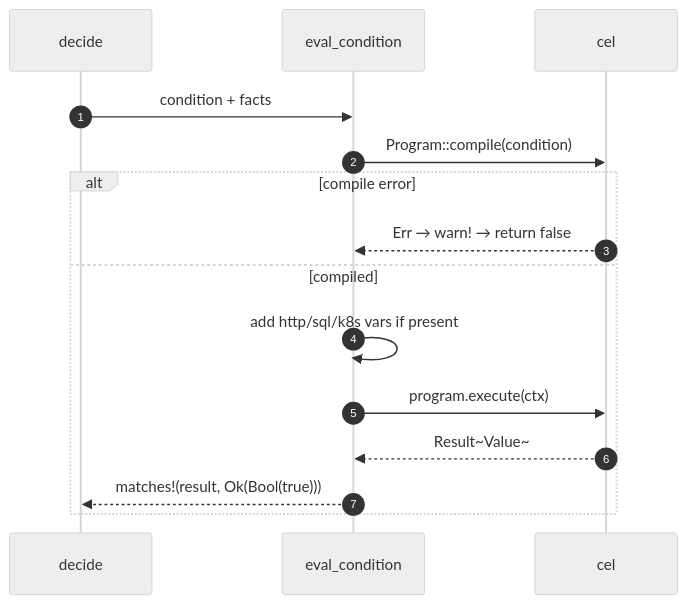
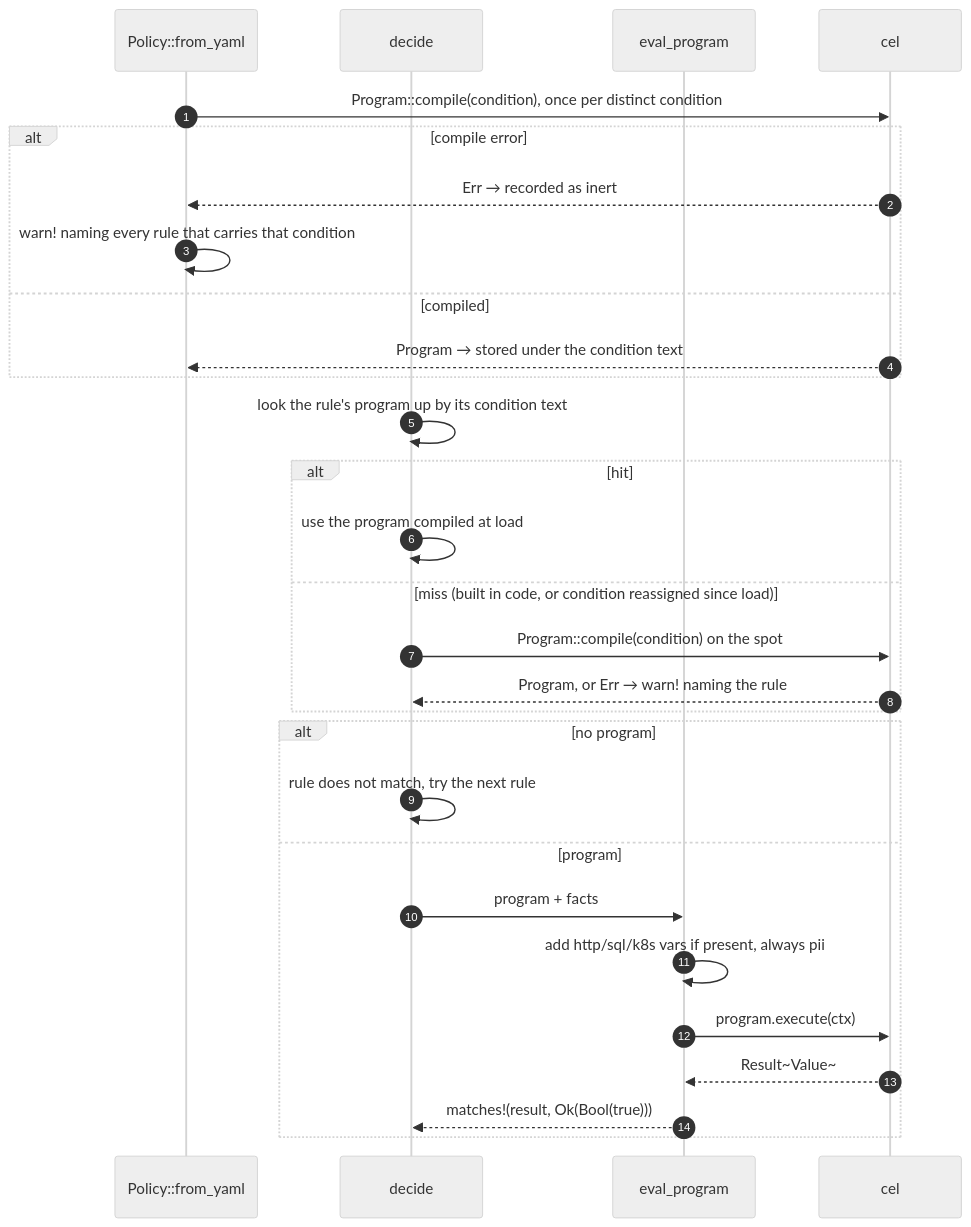
One commit to pleaseai/honmoon changed the third of 3 diagrams in wiki/deep-dive/policy-engine.md. Above: the diagram before and after it, drawn with Mermaid (neutral theme). The commit also changed other lines of this file and 8 other files, not shown here.

First line of the commit message:
perf(core): compile CEL rule conditions once at policy load (#193)

````diff
--- a/wiki/deep-dive/policy-engine.md
+++ b/wiki/deep-dive/policy-engine.md
@@ -140,17 +160,31 @@
 ```mermaid
 sequenceDiagram
   autonumber
+  participant L as Policy::from_yaml
   participant D as decide
-  participant EC as eval_condition
+  participant EP as eval_program
   participant CEL as cel
-  D->>EC: condition + facts
-  EC->>CEL: Program::compile(condition)
+  L->>CEL: Program::compile(condition), once per distinct condition
   alt compile error
-    CEL-->>EC: Err → warn! → return false
+    CEL-->>L: Err → recorded as inert
+    L->>L: warn! naming every rule that carries that condition
   else compiled
-    EC->>EC: add http/sql/k8s vars if present
-    EC->>CEL: program.execute(ctx)
-    CEL-->>EC: Result~Value~
-    EC-->>D: matches!(result, Ok(Bool(true)))
+    CEL-->>L: Program → stored under the condition text
+  end
+  D->>D: look the rule's program up by its condition text
+  alt hit
+    D->>D: use the program compiled at load
+  else miss (built in code, or condition reassigned since load)
+    D->>CEL: Program::compile(condition) on the spot
+    CEL-->>D: Program, or Err → warn! naming the rule
+  end
+  alt no program
+    D->>D: rule does not match, try the next rule
+  else program
+    D->>EP: program + facts
+    EP->>EP: add http/sql/k8s vars if present, always pii
+    EP->>CEL: program.execute(ctx)
+    CEL-->>EP: Result~Value~
+    EP-->>D: matches!(result, Ok(Bool(true)))
   end
 ```
````
